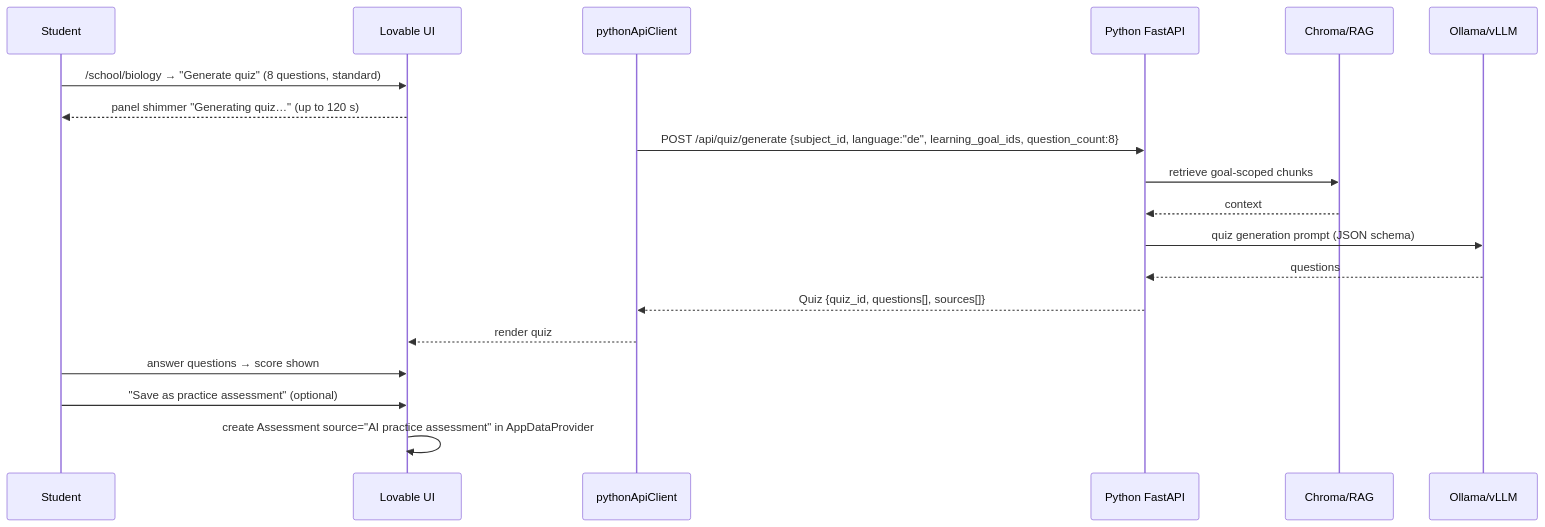
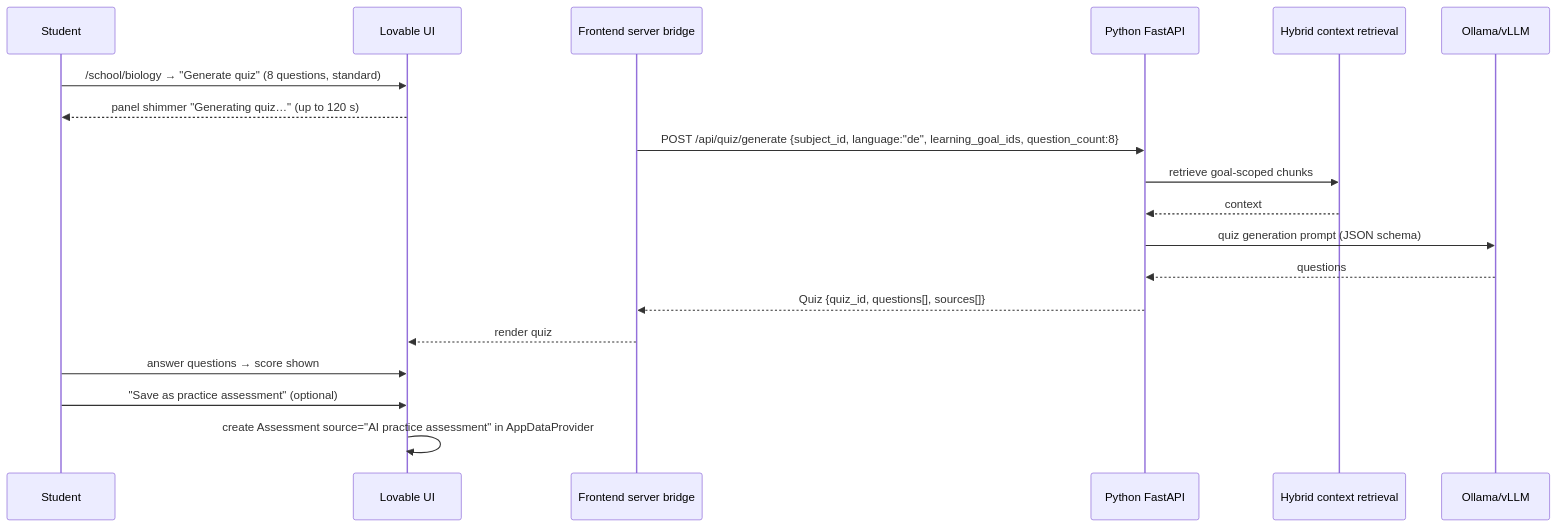
Before and after one commit to keyshavmor/study-swiss-star: the seventh of 14 diagrams in docs/USER_FLOWS.md, drawn with Mermaid. The commit also changed other lines of this file and 75 other files, not shown here.

````diff
--- a/docs/USER_FLOWS.md
+++ b/docs/USER_FLOWS.md
@@ -147,21 +147,21 @@
 ```mermaid
 sequenceDiagram
     participant Student
     participant UI as Lovable UI
-    participant SF as pythonApiClient
+    participant SF as Frontend server bridge
     participant PY as Python FastAPI
-    participant RAG as Chroma/RAG
+    participant RAG as Hybrid context retrieval
     participant LLM as Ollama/vLLM
     Student->>UI: /school/biology → "Generate quiz" (8 questions, standard)
     UI-->>Student: panel shimmer "Generating quiz…" (up to 120 s)
     SF->>PY: POST /api/quiz/generate {subject_id, language:"de", learning_goal_ids, question_count:8}
     PY->>RAG: retrieve goal-scoped chunks
     RAG-->>PY: context
     PY->>LLM: quiz generation prompt (JSON schema)
     LLM-->>PY: questions
     PY-->>SF: Quiz {quiz_id, questions[], sources[]}
     SF-->>UI: render quiz
     Student->>UI: answer questions → score shown
     Student->>UI: "Save as practice assessment" (optional)
     UI->>UI: create Assessment source="AI practice assessment" in AppDataProvider
 ```
````
